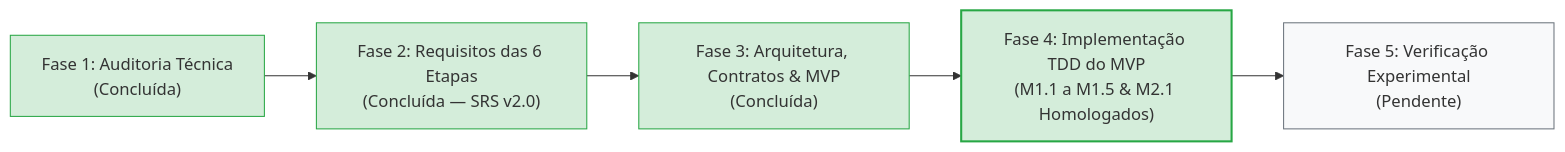
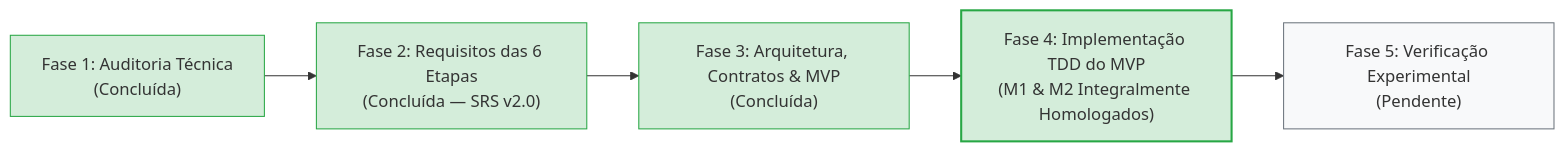
The diagram in engenharia_software/ETAPA_ATUAL_ENGENHARIA.md (aleerangel/experimental-ml-framework), drawn with Mermaid before and after one commit. The commit also changed other lines of this file and 1 other file, not shown here.

Commit message:
docs(readme): atualizar documentacao e roadmap com conclusao do marco m2

````diff
--- a/engenharia_software/ETAPA_ATUAL_ENGENHARIA.md
+++ b/engenharia_software/ETAPA_ATUAL_ENGENHARIA.md
@@ -19,13 +19,13 @@
 ```mermaid
 flowchart LR
     Fase1["Fase 1: Auditoria Técnica<br/>(Concluída)"] --> Fase2["Fase 2: Requisitos das 6 Etapas<br/>(Concluída — SRS v2.0)"]
     Fase2 --> Fase3["Fase 3: Arquitetura, Contratos & MVP<br/>(Concluída)"]
-    Fase3 --> Fase4["Fase 4: Implementação TDD do MVP<br/>(M1.1 a M1.5 & M2.1 Homologados)"]
+    Fase3 --> Fase4["Fase 4: Implementação TDD do MVP<br/>(M1 & M2 Integralmente Homologados)"]
     Fase4 --> Fase5["Fase 5: Verificação Experimental<br/>(Pendente)"]
     
     style Fase1 fill:#d4edda,stroke:#28a745
     style Fase2 fill:#d4edda,stroke:#28a745
     style Fase3 fill:#d4edda,stroke:#28a745
     style Fase4 fill:#d4edda,stroke:#28a745,stroke-width:2px
     style Fase5 fill:#f8f9fa,stroke:#6c757d
 ```
````
